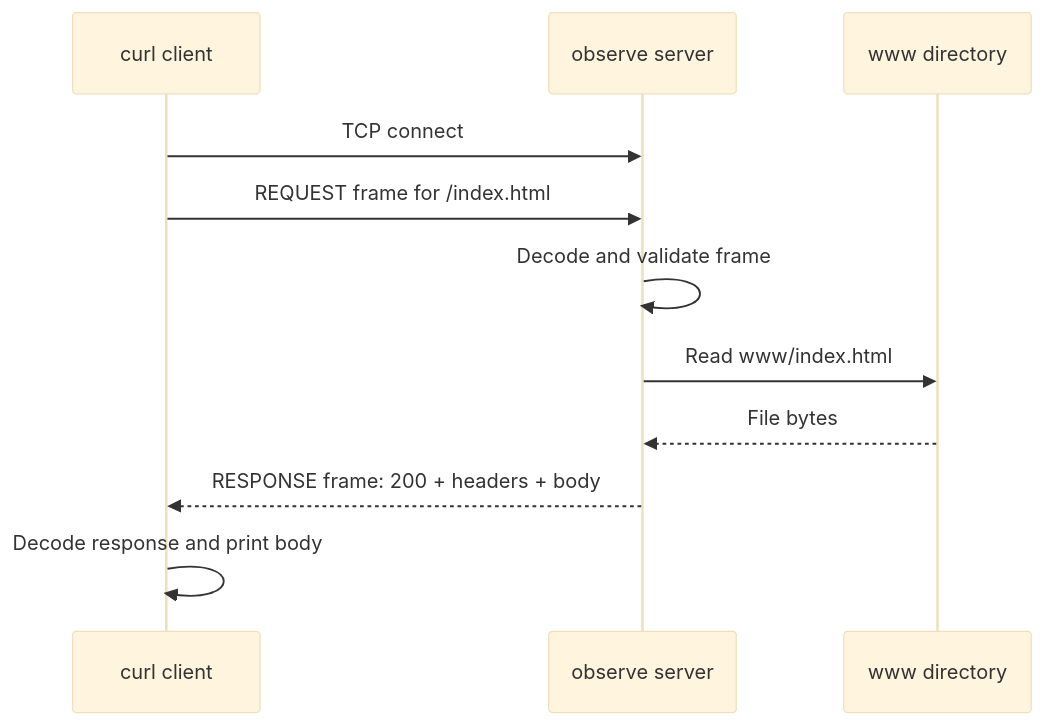
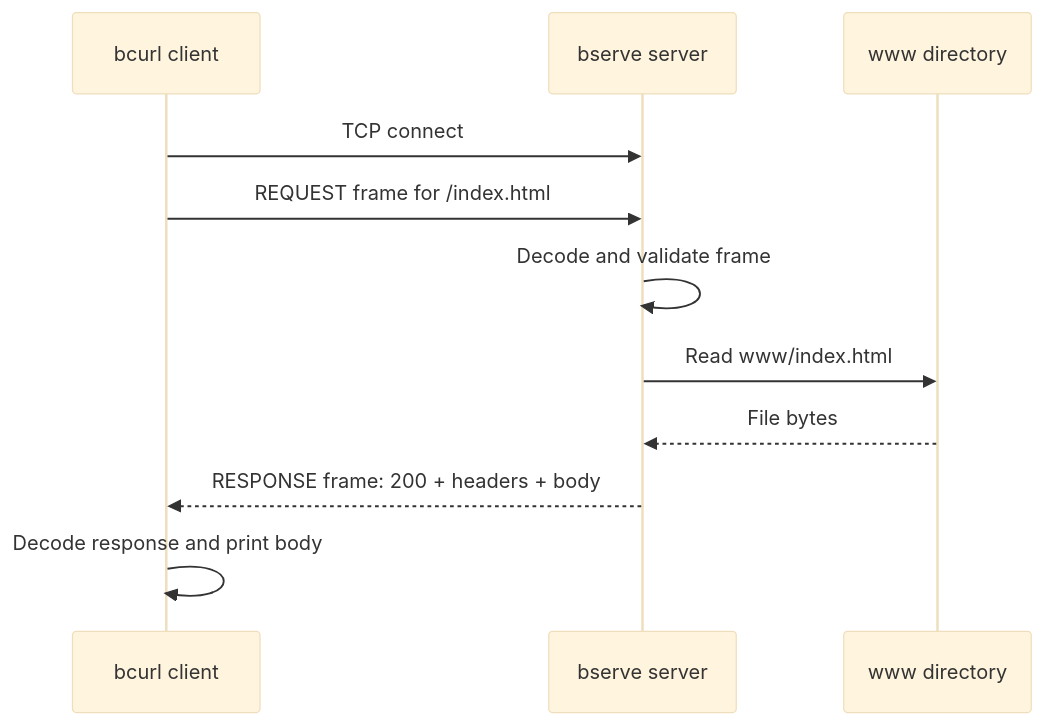
Before and after one commit to Avishkar74/Network_Architecture: the second of 8 diagrams in Project/README.md, drawn with Mermaid (base theme). The commit also changed other lines of this file, not shown here.

First line of the commit message:
Rename client and server executables in README

````diff
--- a/Project/README.md
+++ b/Project/README.md
@@ -106,14 +106,14 @@
 ```mermaid
 sequenceDiagram
-    participant Client as curl client
-    participant Server as observe server
+    participant Client as bcurl client
+    participant Server as bserve server
     participant Disk as www directory
 
     Client->>Server: TCP connect
     Client->>Server: REQUEST frame for /index.html
     Server->>Server: Decode and validate frame
     Server->>Disk: Read www/index.html
     Disk-->>Server: File bytes
     Server-->>Client: RESPONSE frame: 200 + headers + body
     Client->>Client: Decode response and print body
 ```
````
